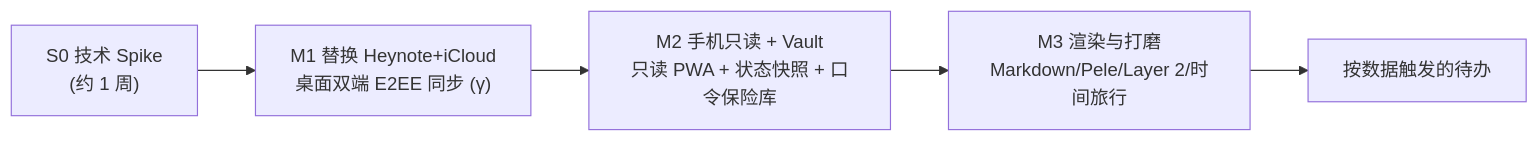
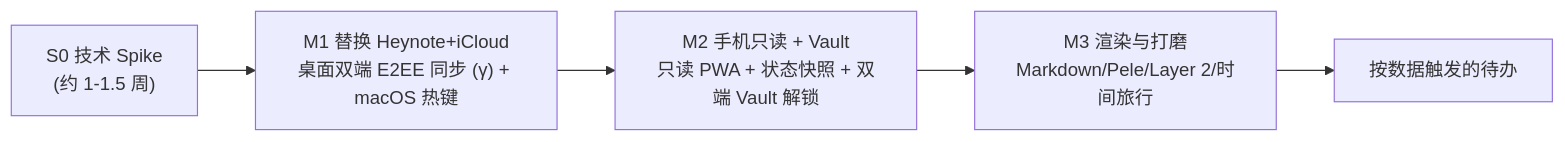
Before and after one commit to gray0128/my-note: the second of 2 diagrams in review/2026-11-24-first-principles-review.md, drawn with Mermaid. The commit also changed other lines of this file and 1 other file, not shown here.

Commit message:
docs(review): record D5-D7 (macOS hotkey in M1, quality-only evals, phone Vault unlock)

````diff
--- a/review/2026-11-24-first-principles-review.md
+++ b/review/2026-11-24-first-principles-review.md
@@ -607,7 +655,7 @@
 ```mermaid
 flowchart LR
-    S0["S0 技术 Spike<br/>(约 1 周)"] --> M1["M1 替换 Heynote+iCloud<br/>桌面双端 E2EE 同步 (γ)"]
-    M1 --> M2["M2 手机只读 + Vault<br/>只读 PWA + 状态快照 + 口令保险库"]
+    S0["S0 技术 Spike<br/>(约 1-1.5 周)"] --> M1["M1 替换 Heynote+iCloud<br/>桌面双端 E2EE 同步 (γ) + macOS 热键"]
+    M1 --> M2["M2 手机只读 + Vault<br/>只读 PWA + 状态快照 + 双端 Vault 解锁"]
     M2 --> M3["M3 渲染与打磨<br/>Markdown/Pele/Layer 2/时间旅行"]
     M3 --> T["按数据触发的待办"]
 ```
````
